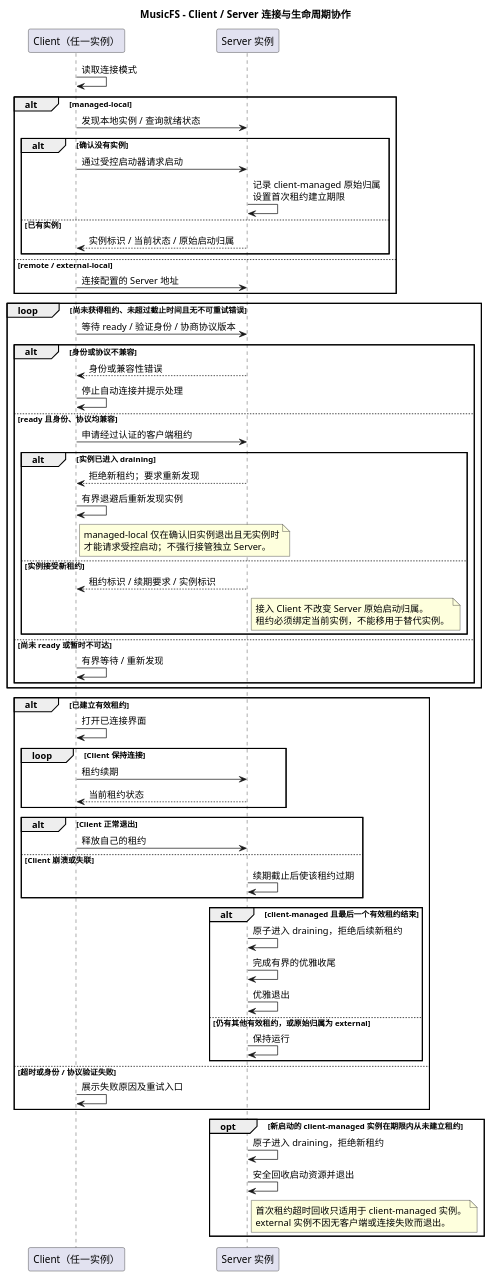
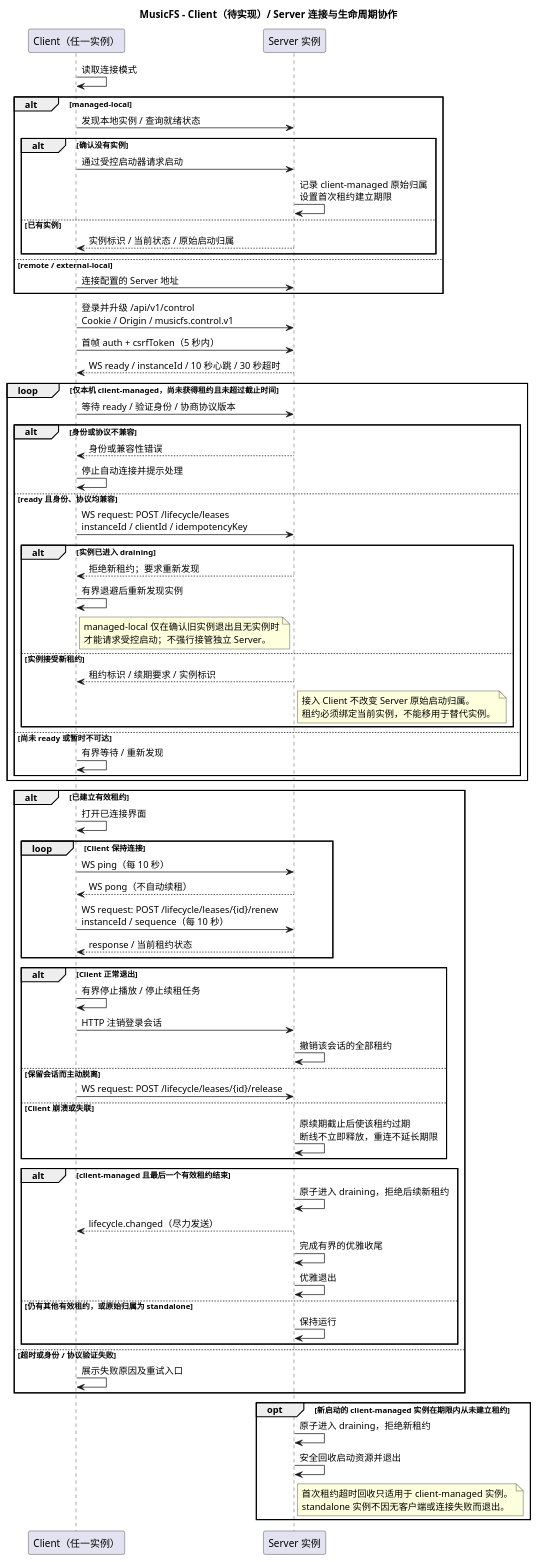
Before and after one commit to fnMrRice/MusicFS: the diagram in docs/diagrams/windows-launch.puml, drawn with PlantUML. The commit also changed 5 other files, not shown here.

```diff
--- a/docs/diagrams/windows-launch.puml
+++ b/docs/diagrams/windows-launch.puml
@@ -1,75 +1,86 @@
 @startuml
-title MusicFS - Client / Server 连接与生命周期协作
+title MusicFS - Client（待实现）/ Server 连接与生命周期协作
 participant "Client（任一实例）" as Client
 participant "Server 实例" as Server
 
 Client -> Client : 读取连接模式
 alt managed-local
   Client -> Server : 发现本地实例 / 查询就绪状态
   alt 确认没有实例
     Client -> Server : 通过受控启动器请求启动
     Server -> Server : 记录 client-managed 原始归属\n设置首次租约建立期限
   else 已有实例
     Server --> Client : 实例标识 / 当前状态 / 原始启动归属
   end
 else remote / external-local
   Client -> Server : 连接配置的 Server 地址
 end
 
-loop 尚未获得租约、未超过截止时间且无不可重试错误
+Client -> Server : 登录并升级 /api/v1/control\nCookie / Origin / musicfs.control.v1
+Client -> Server : 首帧 auth + csrfToken（5 秒内）
+Server --> Client : WS ready / instanceId / 10 秒心跳 / 30 秒超时
+
+loop 仅本机 client-managed，尚未获得租约且未超过截止时间
   Client -> Server : 等待 ready / 验证身份 / 协商协议版本
   alt 身份或协议不兼容
     Server --> Client : 身份或兼容性错误
     Client -> Client : 停止自动连接并提示处理
   else ready 且身份、协议均兼容
-    Client -> Server : 申请经过认证的客户端租约
+    Client -> Server : WS request: POST /lifecycle/leases\ninstanceId / clientId / idempotencyKey
     alt 实例已进入 draining
       Server --> Client : 拒绝新租约；要求重新发现
       Client -> Client : 有界退避后重新发现实例
       note right of Client
         managed-local 仅在确认旧实例退出且无实例时
         才能请求受控启动；不强行接管独立 Server。
       end note
     else 实例接受新租约
       Server --> Client : 租约标识 / 续期要求 / 实例标识
       note right of Server
         接入 Client 不改变 Server 原始启动归属。
         租约必须绑定当前实例，不能移用于替代实例。
       end note
     end
   else 尚未 ready 或暂时不可达
     Client -> Client : 有界等待 / 重新发现
   end
 end
 
 alt 已建立有效租约
   Client -> Client : 打开已连接界面
   loop Client 保持连接
-    Client -> Server : 租约续期
-    Server --> Client : 当前租约状态
+    Client -> Server : WS ping（每 10 秒）
+    Server --> Client : WS pong（不自动续租）
+    Client -> Server : WS request: POST /lifecycle/leases/{id}/renew\ninstanceId / sequence（每 10 秒）
+    Server --> Client : response / 当前租约状态
   end
   alt Client 正常退出
-    Client -> Server : 释放自己的租约
+    Client -> Client : 有界停止播放 / 停止续租任务
+    Client -> Server : HTTP 注销登录会话
+    Server -> Server : 撤销该会话的全部租约
+  else 保留会话而主动脱离
+    Client -> Server : WS request: POST /lifecycle/leases/{id}/release
   else Client 崩溃或失联
-    Server -> Server : 续期截止后使该租约过期
+    Server -> Server : 原续期截止后使该租约过期\n断线不立即释放，重连不延长期限
   end
   alt client-managed 且最后一个有效租约结束
     Server -> Server : 原子进入 draining，拒绝后续新租约
+    Server --> Client : lifecycle.changed（尽力发送）
     Server -> Server : 完成有界的优雅收尾
     Server -> Server : 优雅退出
-  else 仍有其他有效租约，或原始归属为 external
+  else 仍有其他有效租约，或原始归属为 standalone
     Server -> Server : 保持运行
   end
 else 超时或身份 / 协议验证失败
   Client -> Client : 展示失败原因及重试入口
 end
 
 opt 新启动的 client-managed 实例在期限内从未建立租约
   Server -> Server : 原子进入 draining，拒绝新租约
   Server -> Server : 安全回收启动资源并退出
   note right of Server
     首次租约超时回收只适用于 client-managed 实例。
-    external 实例不因无客户端或连接失败而退出。
+    standalone 实例不因无客户端或连接失败而退出。
   end note
 end
 @enduml
```
